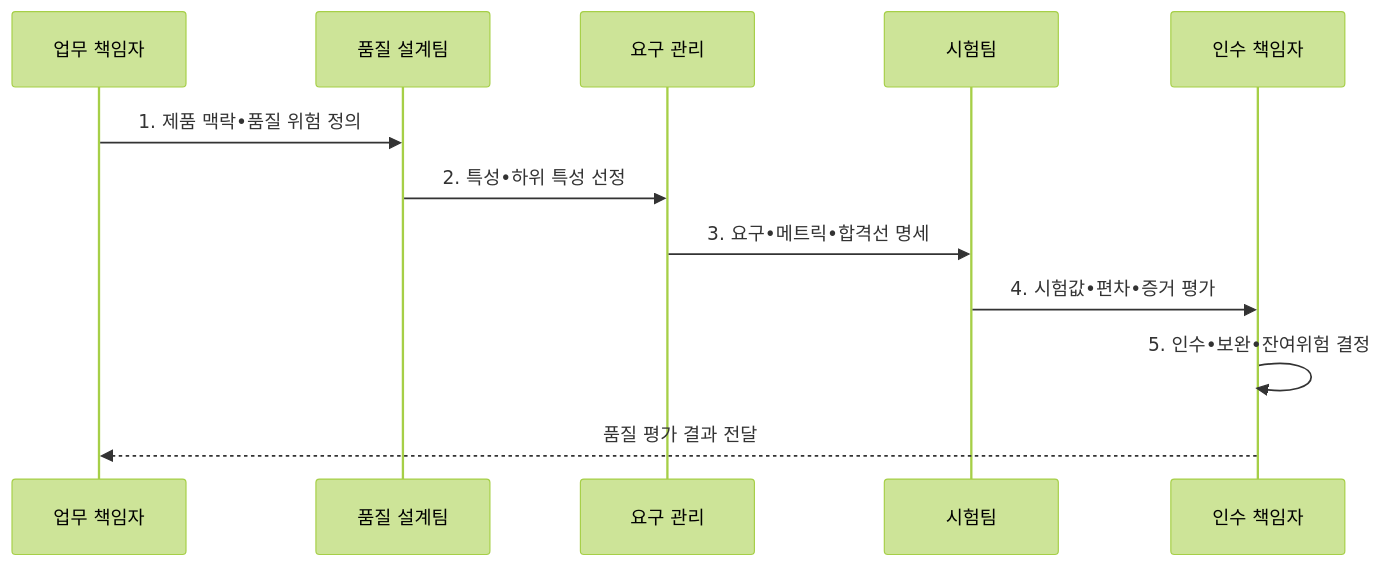
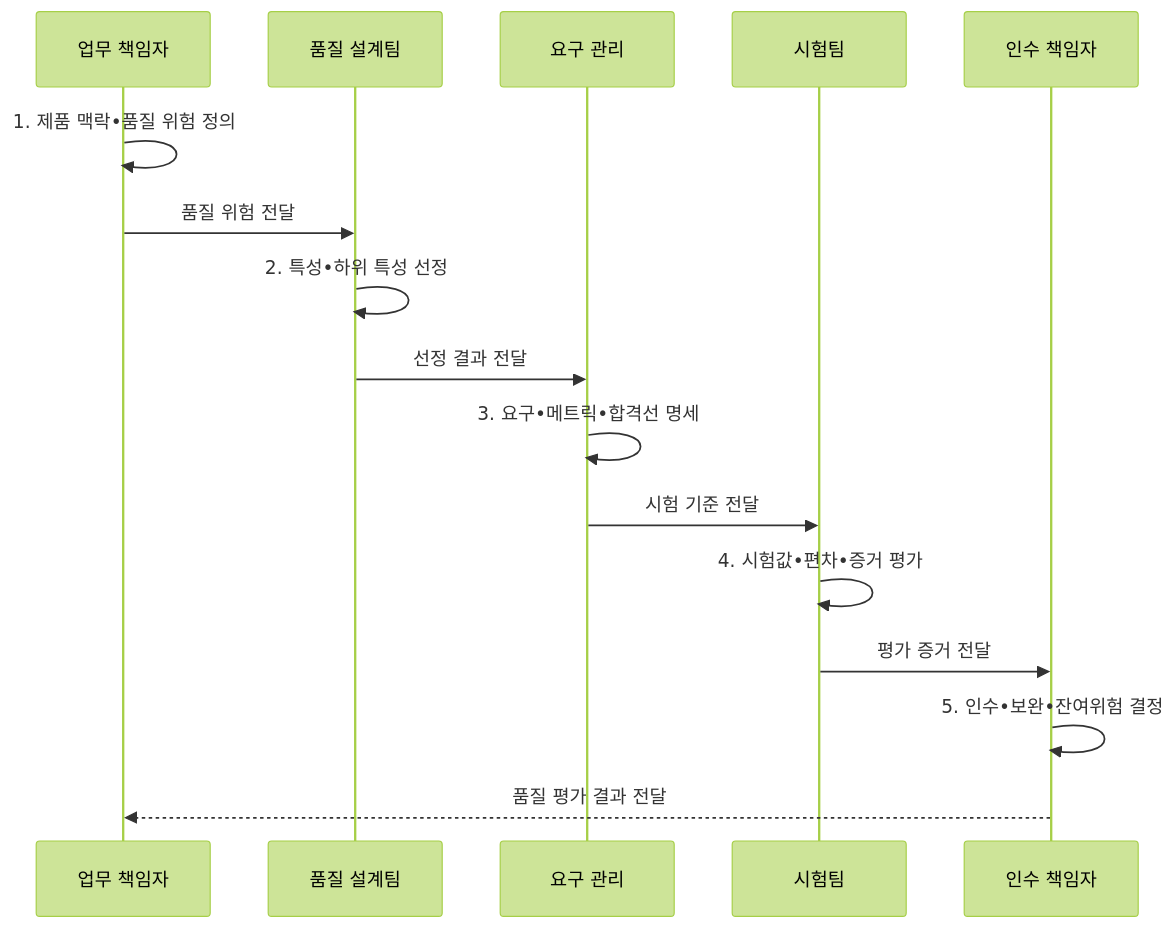
The second of 2 diagrams in src/content/docs/notes/06-evaluation/029_iso_25010.md (agnusdei1207/knowledge-base), drawn with Mermaid (forest theme) before and after one commit. The commit also changed other lines of this file and 20 other files, not shown here.

````diff
--- a/src/content/docs/notes/06-evaluation/029_iso_25010.md
+++ b/src/content/docs/notes/06-evaluation/029_iso_25010.md
@@ -107,14 +107,18 @@
 ```mermaid
 sequenceDiagram
   participant B as 업무 책임자
   participant Q as 품질 설계팀
   participant R as 요구 관리
   participant T as 시험팀
   participant A as 인수 책임자
-  B->>Q: 1. 제품 맥락•품질 위험 정의
-  Q->>R: 2. 특성•하위 특성 선정
-  R->>T: 3. 요구•메트릭•합격선 명세
-  T->>A: 4. 시험값•편차•증거 평가
+  B->>B: 1. 제품 맥락•품질 위험 정의
+  B->>Q: 품질 위험 전달
+  Q->>Q: 2. 특성•하위 특성 선정
+  Q->>R: 선정 결과 전달
+  R->>R: 3. 요구•메트릭•합격선 명세
+  R->>T: 시험 기준 전달
+  T->>T: 4. 시험값•편차•증거 평가
+  T->>A: 평가 증거 전달
   A->>A: 5. 인수•보완•잔여위험 결정
   A-->>B: 품질 평가 결과 전달
 ```
````
